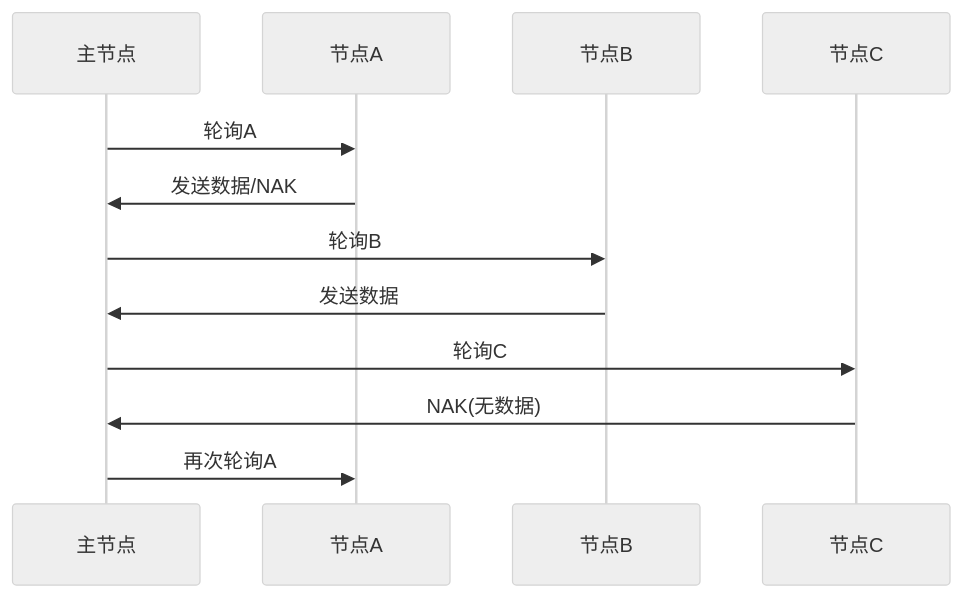
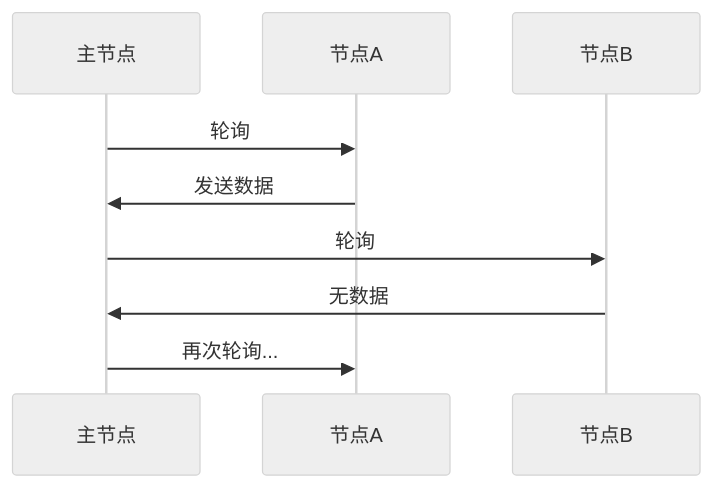
The fifth of 7 diagrams in 计算机网络/6.3链路层：多路访问协议.md (Dtheme/CS-base), drawn with Mermaid (neutral theme) before and after one commit. The commit also changed other lines of this file and 51 other files, not shown here.

````diff
--- a/计算机网络/6.3链路层：多路访问协议.md
+++ b/计算机网络/6.3链路层：多路访问协议.md
@@ -564,15 +303,11 @@
 ```mermaid
 sequenceDiagram
     participant M as 主节点
     participant A as 节点A
     participant B as 节点B
-    participant C as 节点C
-    
-    M->>A: 轮询A
-    A->>M: 发送数据/NAK
-    M->>B: 轮询B  
-    B->>M: 发送数据
-    M->>C: 轮询C
-    C->>M: NAK(无数据)
-    M->>A: 再次轮询A
+    M->>A: 轮询
+    A->>M: 发送数据
+    M->>B: 轮询
+    B->>M: 无数据
+    M->>A: 再次轮询...
 ```
````
